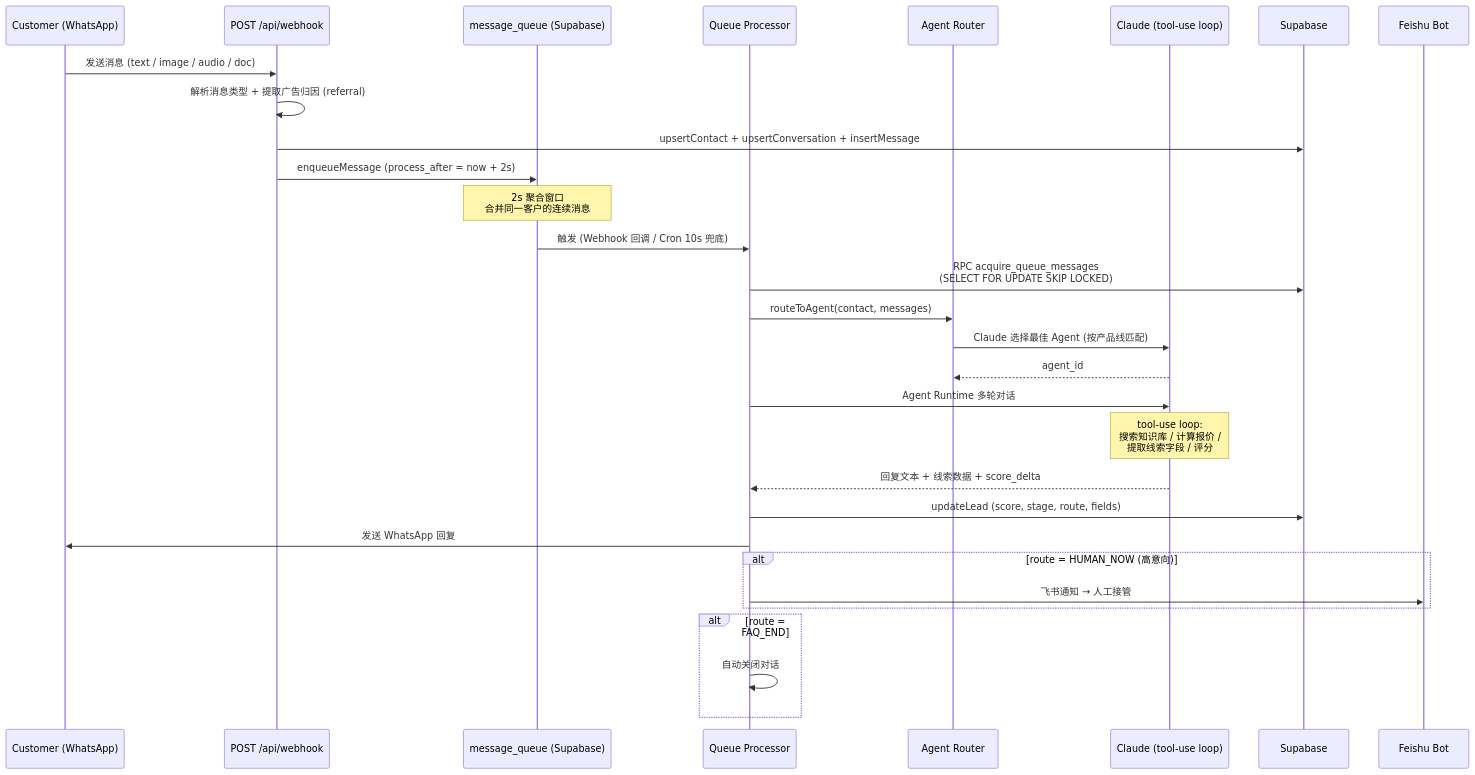
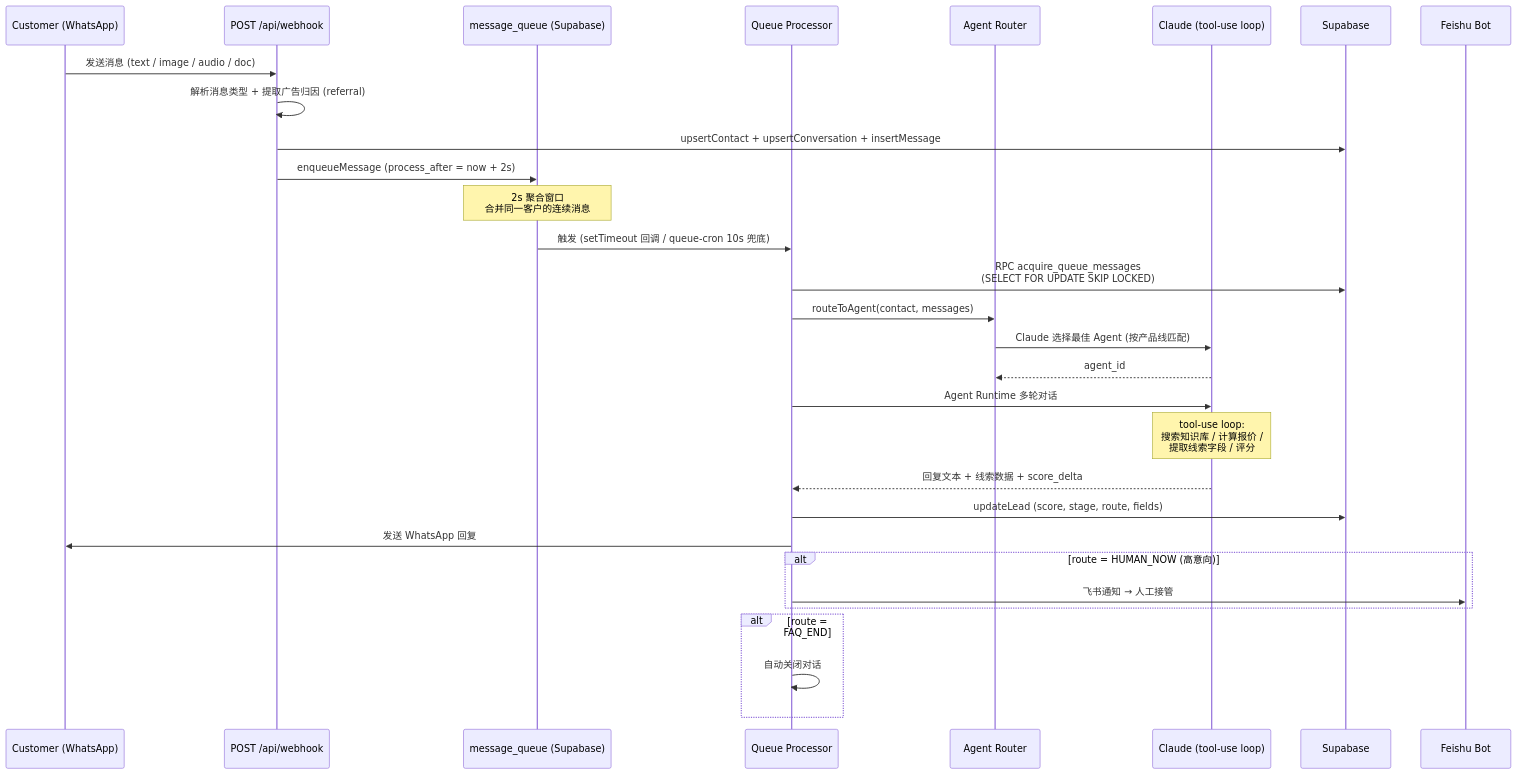
One commit to Sciiaok/xuqiu-bot changed the second of 12 diagrams in README.md. Above: the diagram before and after it, drawn with Mermaid. The commit also changed other lines of this file and 172 other files, not shown here.

````diff
--- a/README.md
+++ b/README.md
@@ -176,39 +230,39 @@
 ```mermaid
 sequenceDiagram
     participant C as Customer (WhatsApp)
     participant WH as POST /api/webhook
     participant Q as message_queue (Supabase)
     participant QP as Queue Processor
     participant AR as Agent Router
     participant AI as Claude (tool-use loop)
     participant DB as Supabase
     participant F as Feishu Bot
 
     C->>WH: 发送消息 (text / image / audio / doc)
     WH->>WH: 解析消息类型 + 提取广告归因 (referral)
     WH->>DB: upsertContact + upsertConversation + insertMessage
     WH->>Q: enqueueMessage (process_after = now + 2s)
 
     Note over Q: 2s 聚合窗口<br/>合并同一客户的连续消息
 
-    Q->>QP: 触发 (Webhook 回调 / Cron 10s 兜底)
+    Q->>QP: 触发 (setTimeout 回调 / queue-cron 10s 兜底)
     QP->>DB: RPC acquire_queue_messages<br/>(SELECT FOR UPDATE SKIP LOCKED)
     QP->>AR: routeToAgent(contact, messages)
     AR->>AI: Claude 选择最佳 Agent (按产品线匹配)
     AI-->>AR: agent_id
 
     QP->>AI: Agent Runtime 多轮对话
     Note over AI: tool-use loop:<br/>搜索知识库 / 计算报价 /<br/>提取线索字段 / 评分
 
     AI-->>QP: 回复文本 + 线索数据 + score_delta
 
     QP->>DB: updateLead (score, stage, route, fields)
     QP->>C: 发送 WhatsApp 回复
 
     alt route = HUMAN_NOW (高意向)
         QP->>F: 飞书通知 → 人工接管
     end
     alt route = FAQ_END
         QP->>QP: 自动关闭对话
     end
 ```
````
